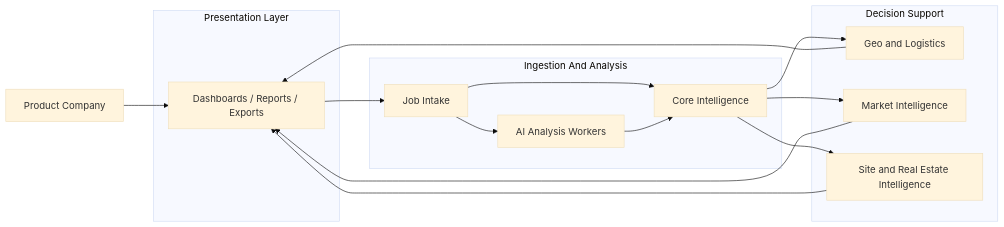
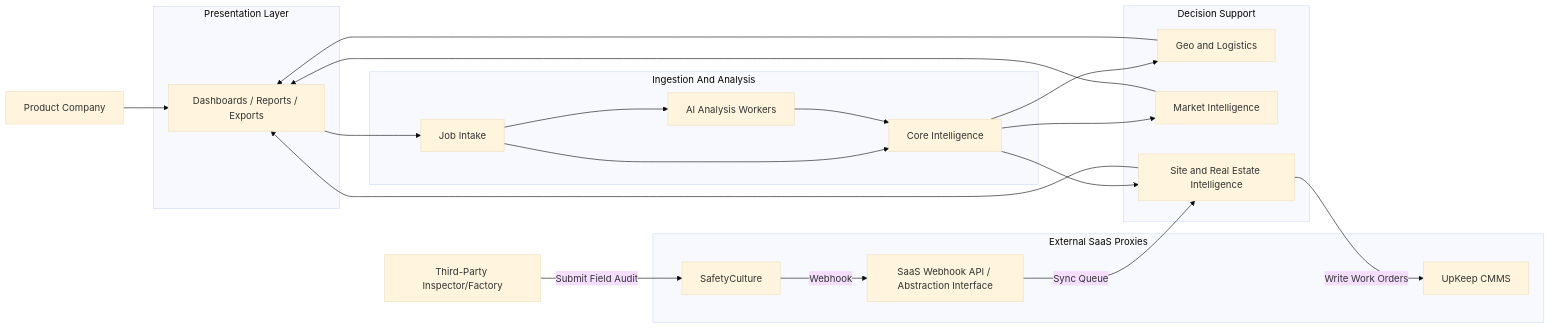
Before and after one commit to npc-chris/dfn-discovery: the first of 2 diagrams in docs/DFN_SERVICE_MAP.md, drawn with Mermaid (base theme). The commit also changed other lines of this file and 9 other files, not shown here.

Commit message:
feat(docs): Enhance DFN documentation with revised architecture design to specify API integrations for logistics and market intelligence.

````diff
--- a/docs/DFN_SERVICE_MAP.md
+++ b/docs/DFN_SERVICE_MAP.md
@@ -42,32 +42,44 @@
 ```mermaid
 flowchart LR
  U[Product Company]
+ IF[Third-Party Inspector/Factory]
 
  subgraph P[Presentation Layer]
   UI[Dashboards / Reports / Exports]
  end
 
  subgraph I[Ingestion And Analysis]
   JI[Job Intake]
   AI[AI Analysis Workers]
   CI[Core Intelligence]
  end
 
  subgraph D[Decision Support]
   GL[Geo and Logistics]
   MI[Market Intelligence]
   SR[Site and Real Estate Intelligence]
  end
 
+ subgraph E[External SaaS Proxies]
+  UK[UpKeep CMMS]
+  SC[SafetyCulture]
+  API[SaaS Webhook API / Abstraction Interface]
+ end
+
  U --> UI
  UI --> JI
  JI --> AI
  JI --> CI
  AI --> CI
  CI --> GL
  CI --> MI
  CI --> SR
  GL --> UI
  MI --> UI
  SR --> UI
+ 
+ IF -- Submit Field Audit --> SC
+ SC -- Webhook --> API
+ API -- Sync Queue --> SR
+ SR -- Write Work Orders --> UK
 ```
````
